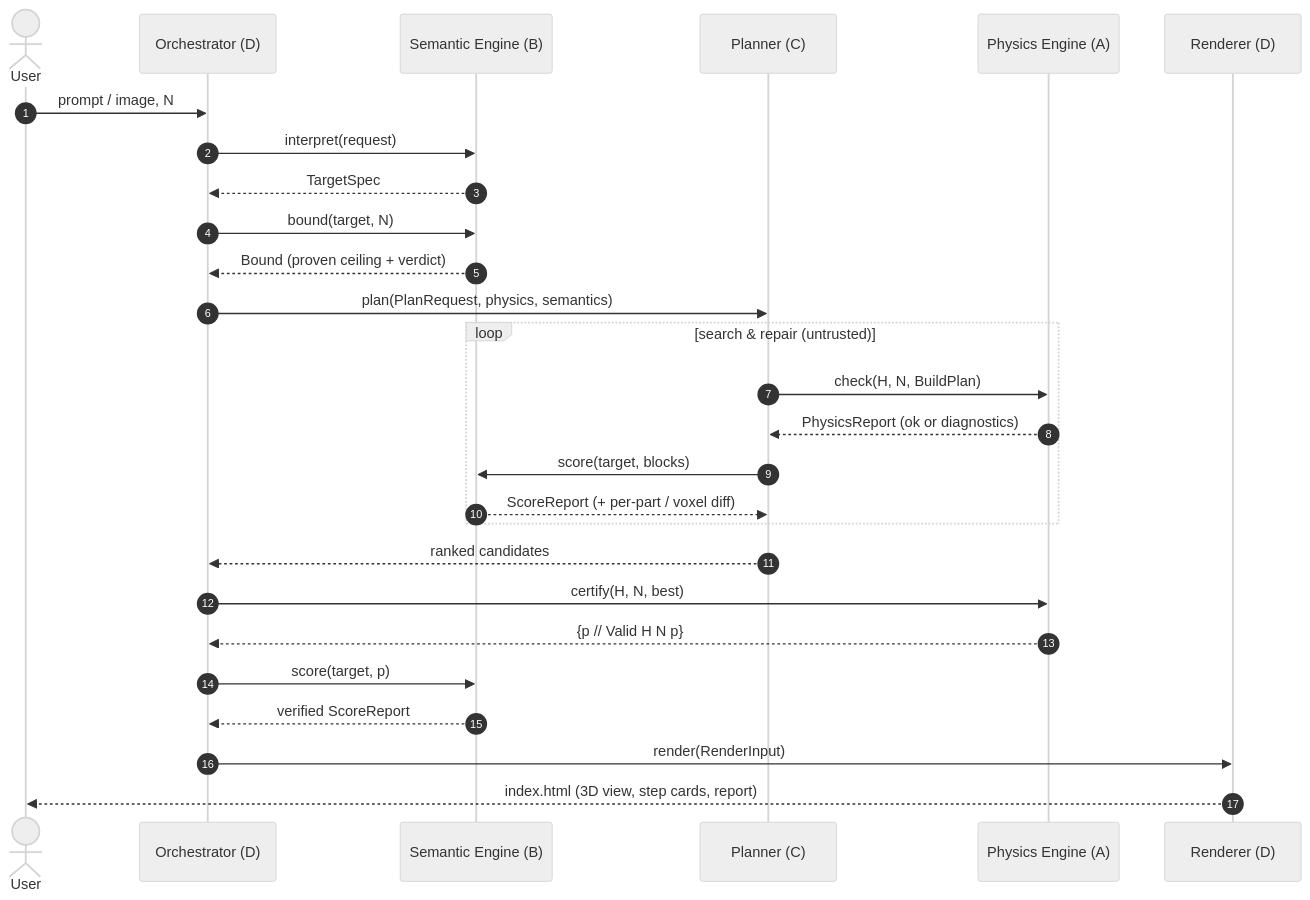
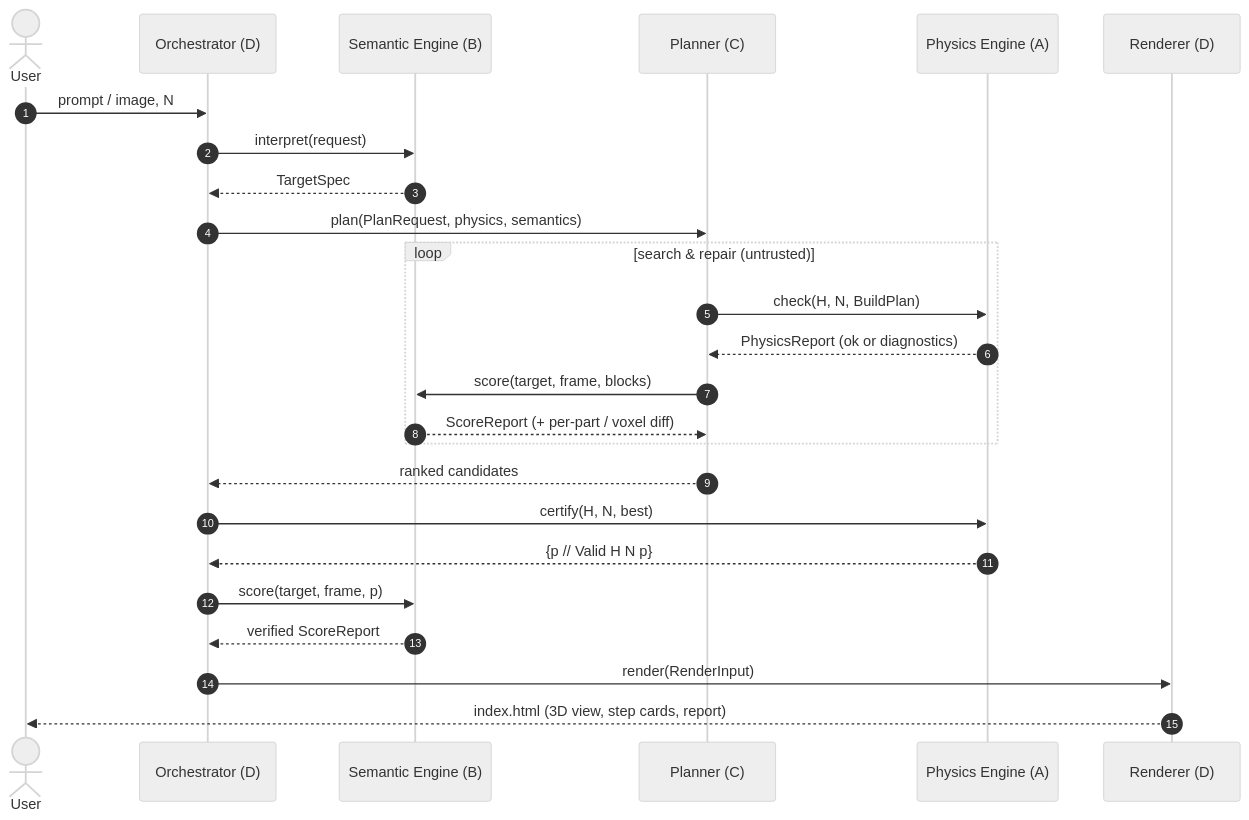
Before and after one commit to johspaeth/KaplaBuilder: the fifth of 7 diagrams in docs/WORKSPLIT.md, drawn with Mermaid (neutral theme). The commit also changed other lines of this file and 3 other files, not shown here.

First line of the commit message:
Docs: remove the upper bound; score takes a Frame

````diff
--- a/docs/WORKSPLIT.md
+++ b/docs/WORKSPLIT.md
@@ -255,30 +255,28 @@
 ```mermaid
 sequenceDiagram
   autonumber
   actor U as User
   participant O as Orchestrator (D)
   participant S as Semantic Engine (B)
   participant P as Planner (C)
   participant Ph as Physics Engine (A)
   participant R as Renderer (D)
 
   U->>O: prompt / image, N
   O->>S: interpret(request)
   S-->>O: TargetSpec
-  O->>S: bound(target, N)
-  S-->>O: Bound (proven ceiling + verdict)
   O->>P: plan(PlanRequest, physics, semantics)
   loop search & repair (untrusted)
     P->>Ph: check(H, N, BuildPlan)
     Ph-->>P: PhysicsReport (ok or diagnostics)
-    P->>S: score(target, blocks)
+    P->>S: score(target, frame, blocks)
     S-->>P: ScoreReport (+ per-part / voxel diff)
   end
   P-->>O: ranked candidates
   O->>Ph: certify(H, N, best)
   Ph-->>O: {p // Valid H N p}
-  O->>S: score(target, p)
+  O->>S: score(target, frame, p)
   S-->>O: verified ScoreReport
   O->>R: render(RenderInput)
   R-->>U: index.html (3D view, step cards, report)
 ```
````
